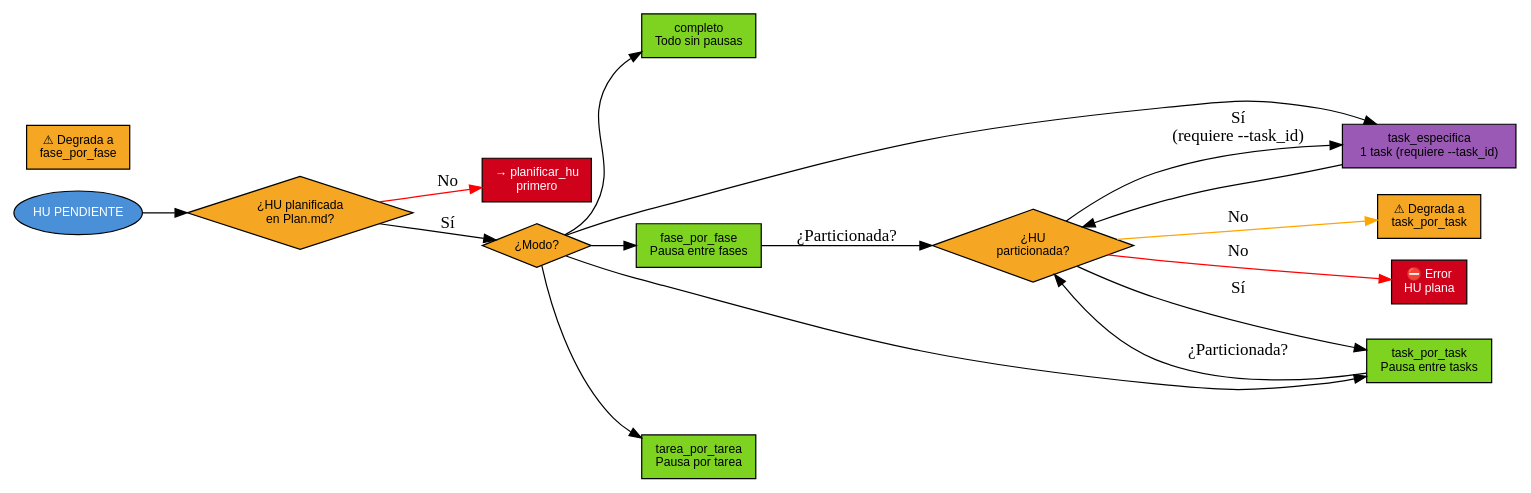
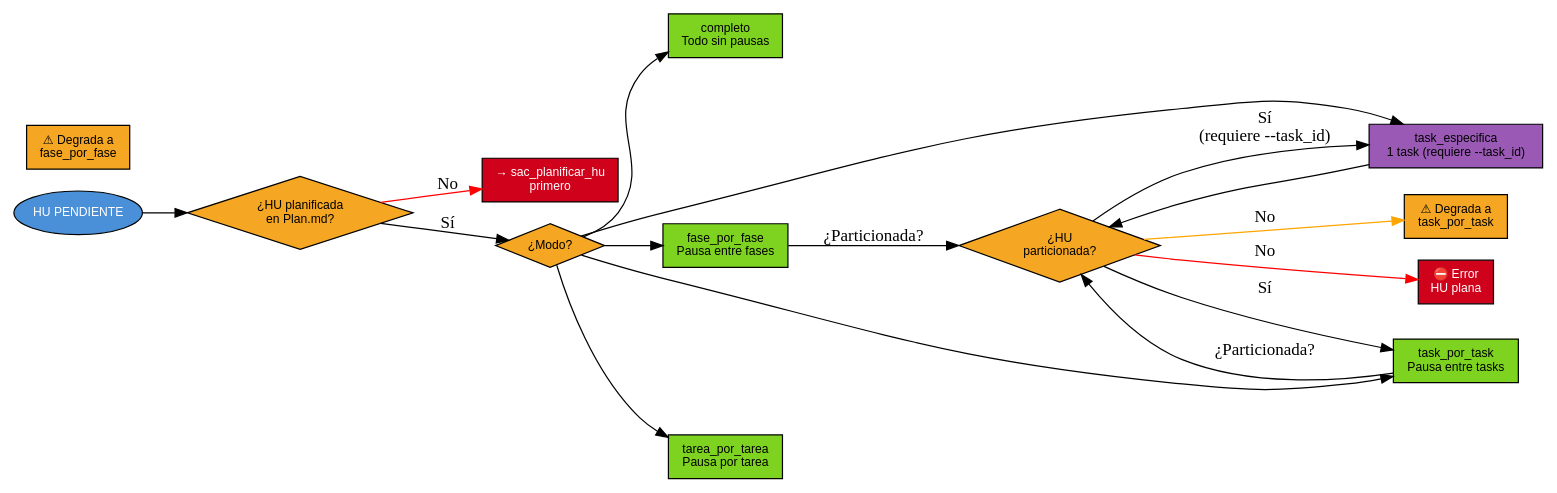
Before and after one commit to JavierDevCol/ia-dev-toolkit: the diagram in skills/ejecutar-plan/SKILL.md, drawn with Graphviz. The commit also changed other lines of this file and 26 other files, not shown here.

Commit message:
refactor(skills): rename planificar-hu to sac-planificar-hu

````diff
--- a/skills/ejecutar-plan/SKILL.md
+++ b/skills/ejecutar-plan/SKILL.md
@@ -20,36 +20,36 @@
 ```dot
 digraph ejecutarplan {
   rankdir=LR
   node [fontname="Helvetica" fontsize=10]
 
   start [label="HU PENDIENTE" shape=ellipse style=filled fillcolor="#4A90D9" fontcolor=white]
   q1 [label="¿HU planificada\nen Plan.md?" shape=diamond style=filled fillcolor="#F5A623"]
-  stop [label="→ planificar_hu\nprimero" shape=box style=filled fillcolor="#D0021B" fontcolor=white]
+  stop [label="→ sac_planificar_hu\nprimero" shape=box style=filled fillcolor="#D0021B" fontcolor=white]
   q2 [label="¿Modo?" shape=diamond style=filled fillcolor="#F5A623"]
   completo [label="completo\nTodo sin pausas" shape=box style=filled fillcolor="#7ED321"]
   fase [label="fase_por_fase\nPausa entre fases" shape=box style=filled fillcolor="#7ED321"]
   tarea [label="tarea_por_tarea\nPausa por tarea" shape=box style=filled fillcolor="#7ED321"]
   task [label="task_por_task\nPausa entre tasks" shape=box style=filled fillcolor="#7ED321"]
   especifica [label="task_especifica\n1 task (requiere --task_id)" shape=box style=filled fillcolor="#9B59B6"]
   q3 [label="¿HU\nparticionada?" shape=diamond style=filled fillcolor="#F5A623"]
   degr1 [label="⚠ Degrada a\ntask_por_task" shape=box style=filled fillcolor="#F5A623"]
   degr2 [label="⚠ Degrada a\nfase_por_fase" shape=box style=filled fillcolor="#F5A623"]
   err [label="⛔ Error\nHU plana" shape=box style=filled fillcolor="#D0021B" fontcolor=white]
 
   start -> q1
   q1 -> stop [label="No" color=red]
   q1 -> q2 [label="Sí"]
   q2 -> completo
   q2 -> fase
   q2 -> tarea
   q2 -> task
   q2 -> especifica
   fase -> q3 [label="¿Particionada?"]
   task -> q3 [label="¿Particionada?"]
   q3 -> degr1 [label="No" color=orange]
   q3 -> task [label="Sí"]
   especifica -> q3
   q3 -> err [label="No" color=red]
   q3 -> especifica [label="Sí\n(requiere --task_id)"]
 }
 ```
````
